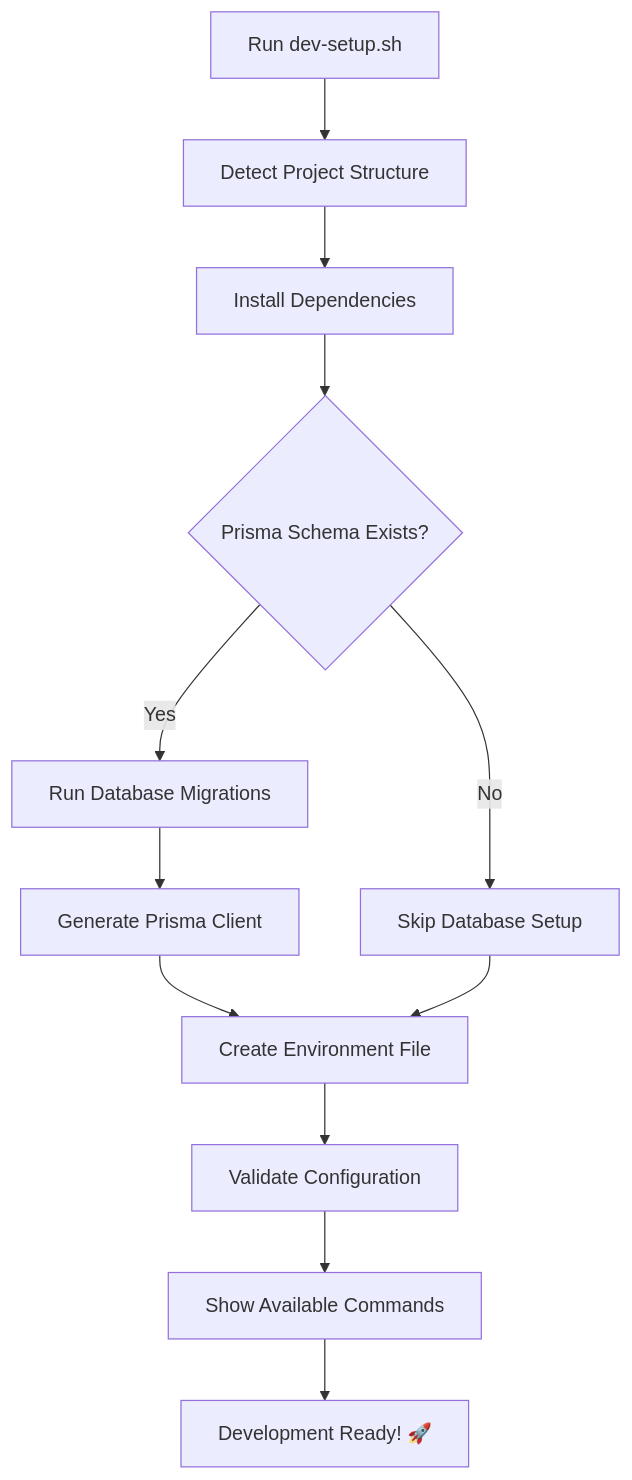
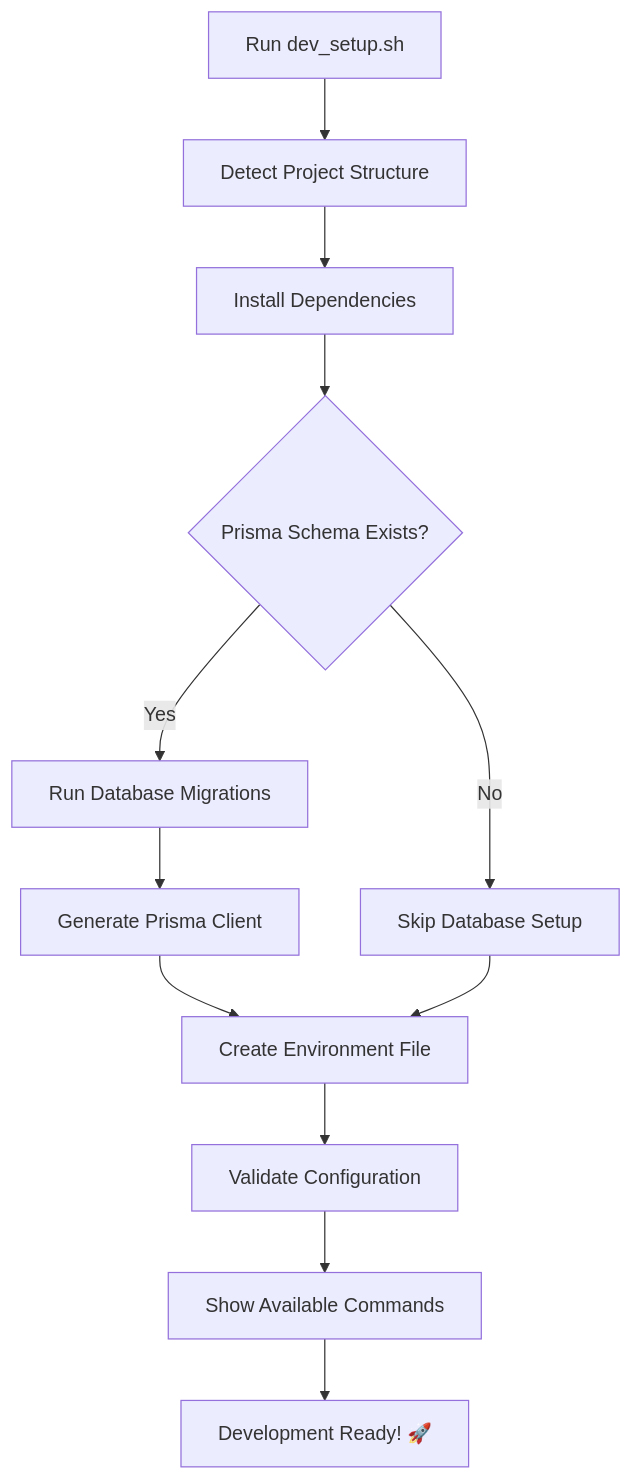
Before and after one commit to mustafagenc/nitrokit: the diagram in shell/README.md, drawn with Mermaid. The commit also changed other lines of this file and 10 other files, not shown here.

````diff
--- a/shell/README.md
+++ b/shell/README.md
@@ -217,14 +217,14 @@
 ```mermaid
 graph TD
-    A[Run dev-setup.sh] --> B[Detect Project Structure]
+    A[Run dev_setup.sh] --> B[Detect Project Structure]
     B --> C[Install Dependencies]
     C --> D{Prisma Schema Exists?}
     D -->|Yes| E[Run Database Migrations]
     D -->|No| F[Skip Database Setup]
     E --> G[Generate Prisma Client]
     G --> H[Create Environment File]
     F --> H
     H --> I[Validate Configuration]
     I --> J[Show Available Commands]
     J --> K[Development Ready! 🚀]
 ```
````
